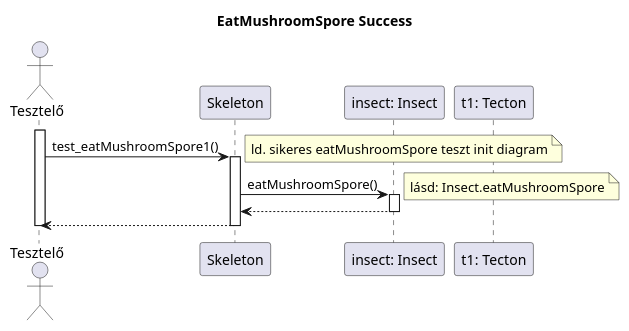
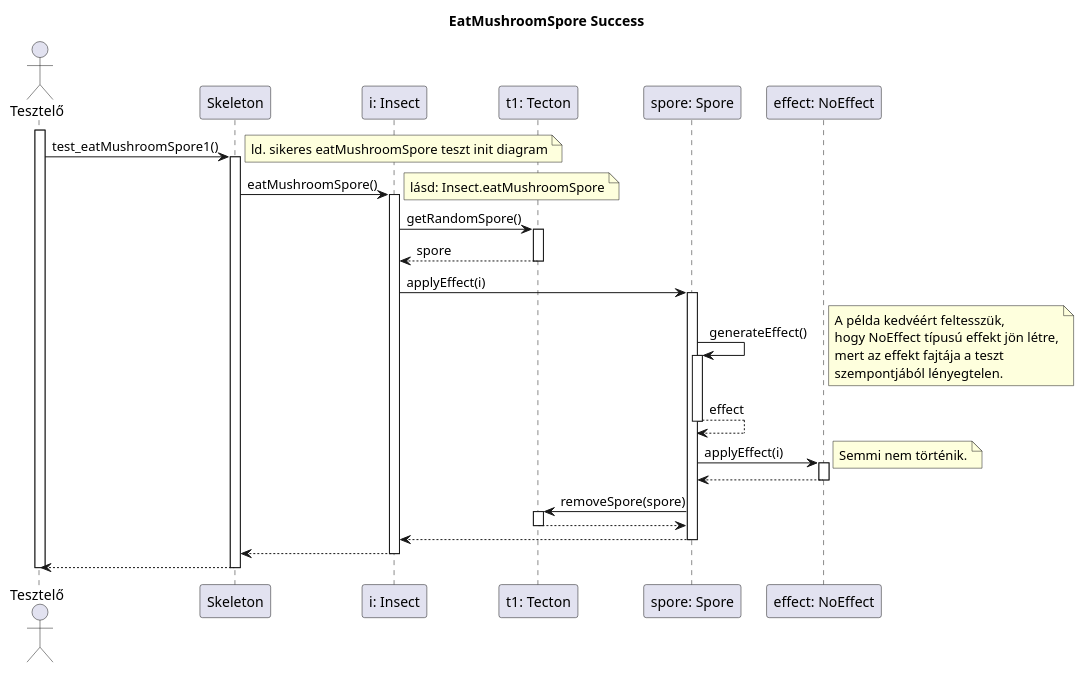
Before and after one commit to dzsem/projlab: the diagram in diagrams/test-sequence/insect/eatMushroomSpore1.plantuml, drawn with PlantUML. The commit also changed 1 other file, not shown here.

Commit message:
Update eatMushroomSpore test diagrams

```diff
--- a/diagrams/test-sequence/insect/eatMushroomSpore1.plantuml
+++ b/diagrams/test-sequence/insect/eatMushroomSpore1.plantuml
@@ -1,28 +1,63 @@
 @startuml test_eatMushroomSpore1
 
 title EatMushroomSpore Success
 
 actor "Tesztelő" as t
 participant "Skeleton" as ske
-participant "insect: Insect" as i
+participant "i: Insect" as i
 participant "t1: Tecton" as t1
+participant "spore: Spore" as spore
+participant "effect: NoEffect" as effect
 
 activate t
 
 t -> ske: test_eatMushroomSpore1()
 note right: ld. sikeres eatMushroomSpore teszt init diagram
 activate ske
 
 	ske -> i: eatMushroomSpore()
 	activate i
 	note right: lásd: Insect.eatMushroomSpore
 
+		i -> t1: getRandomSpore()
+		activate t1
+
+		i <-- t1: spore
+		deactivate t1
+			
+		i->spore : applyEffect(i)
+		activate spore
+
+			spore->spore : generateEffect()
+			note right: A példa kedvéért feltesszük,\nhogy NoEffect típusú effekt jön létre,\nmert az effekt fajtája a teszt\nszempontjából lényegtelen.
+			activate spore
+
+			spore-->spore: effect
+			deactivate spore
+
+			spore -> effect : applyEffect(i)
+			activate effect
+			note right: Semmi nem történik.
+
+			spore <-- effect
+			deactivate effect
+
+			spore -> t1: removeSpore(spore)
+			activate t1
+
+			spore <-- t1
+			deactivate t1
+
+		i <-- spore
+		deactivate spore
+
+
 	ske <-- i
 	deactivate i
 
 t <-- ske
 deactivate ske
 
 deactivate t
 
 @enduml
```
